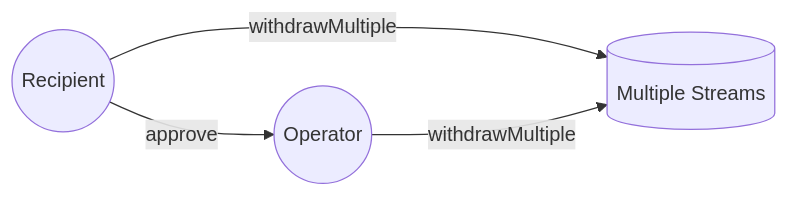
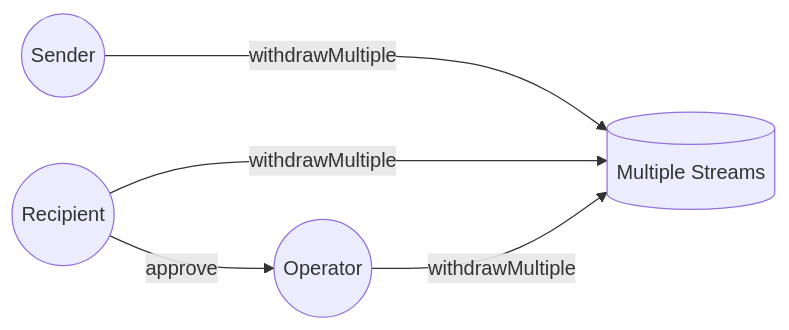
The seventh of 7 diagrams in docs/contracts/v2/reference/05-access-control.md (sablier-labs/docs), drawn with Mermaid before and after one commit. The commit also changed other lines of this file and 79 other files, not shown here.

````diff
--- a/docs/contracts/v2/reference/05-access-control.md
+++ b/docs/contracts/v2/reference/05-access-control.md
@@ -132,10 +127,12 @@
 ```mermaid
 flowchart LR;
+    sender((Sender));
     recipient((Recipient));
     operator((Operator));
     streams[(Multiple Streams)];
 
+    sender -- withdrawMultiple --->streams;
     recipient -- withdrawMultiple --->streams
     recipient -- approve -->operator;
     operator -- withdrawMultiple -->streams;
 ```
````
